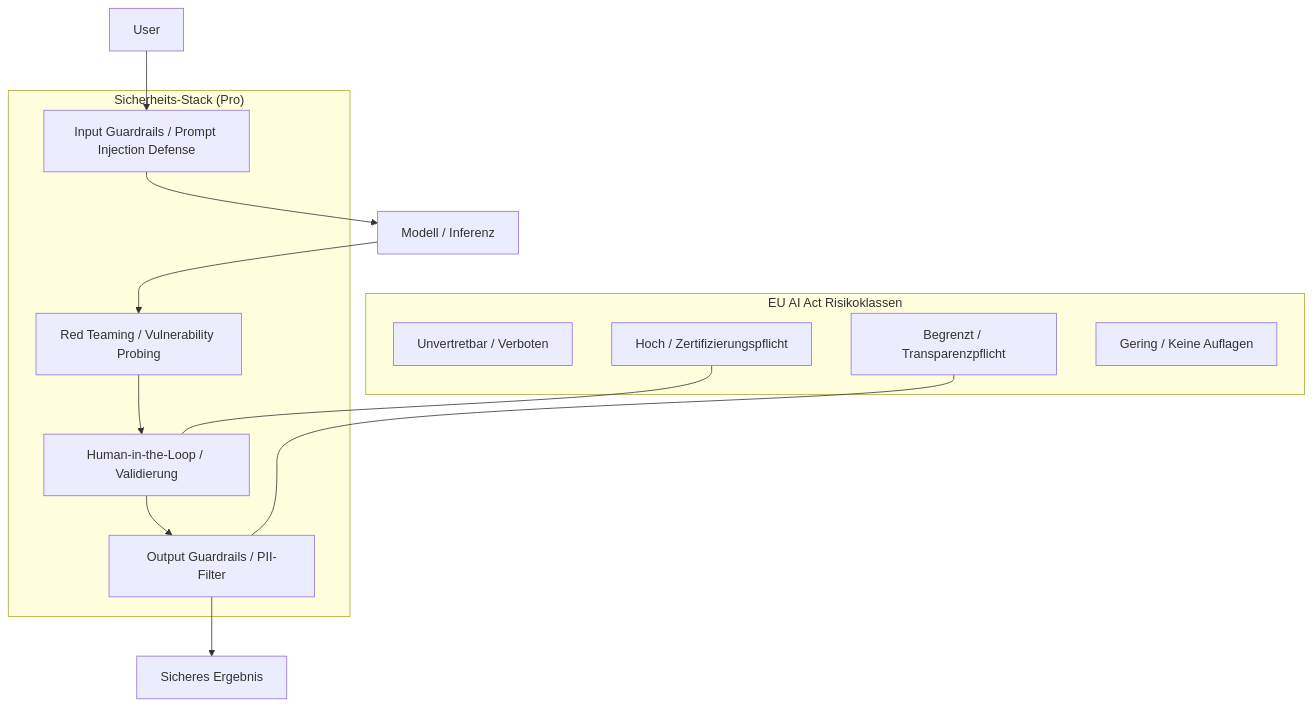
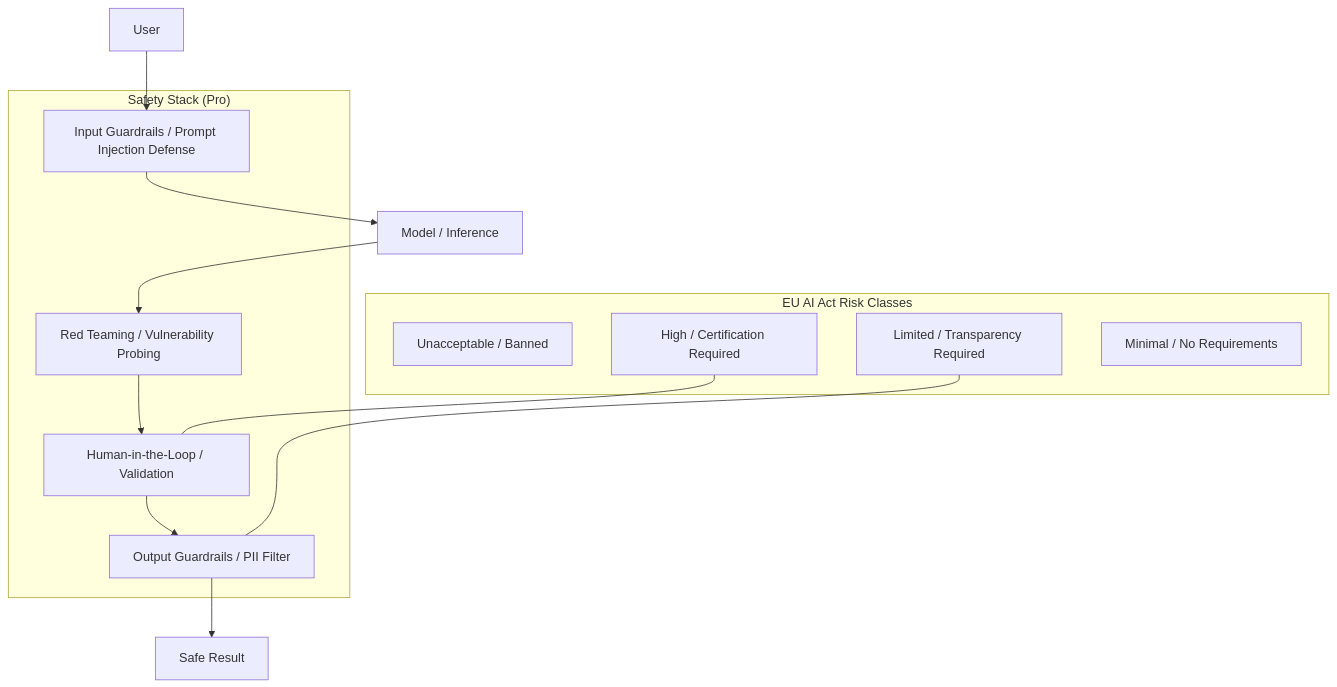
Before and after one commit to roger-infanger-weibel/ghostwriter.ai: diagram 11 of 19 in glossary/rendered/AI-Glossary.md, drawn with Mermaid. The commit also changed other lines of this file and 24 other files, not shown here.

````diff
--- a/glossary/rendered/AI-Glossary.md
+++ b/glossary/rendered/AI-Glossary.md
@@ -358,26 +358,26 @@
 ```mermaid
 graph TD
-    subgraph "EU AI Act Risikoklassen"
-        Unacceptable[Unvertretbar / Verboten]
-        High[Hoch / Zertifizierungspflicht]
-        Limited[Begrenzt / Transparenzpflicht]
-        Minimal[Gering / Keine Auflagen]
+    subgraph "EU AI Act Risk Classes"
+        Unacceptable[Unacceptable / Banned]
+        High[High / Certification Required]
+        Limited[Limited / Transparency Required]
+        Minimal[Minimal / No Requirements]
     end
-    
-    subgraph "Sicherheits-Stack (Pro)"
+
+    subgraph "Safety Stack (Pro)"
         InGuard[Input Guardrails / Prompt Injection Defense]
         Red[Red Teaming / Vulnerability Probing]
-        HitL[Human-in-the-Loop / Validierung]
-        OutGuard[Output Guardrails / PII-Filter]
+        HitL[Human-in-the-Loop / Validation]
+        OutGuard[Output Guardrails / PII Filter]
     end
-    
+
     User[User] --> InGuard
-    InGuard --> LLM[Modell / Inferenz]
+    InGuard --> LLM[Model / Inference]
     LLM --> Red
     Red --> HitL
     HitL --> OutGuard
-    OutGuard --> SafeOutput[Sicheres Ergebnis]
-    
+    OutGuard --> SafeOutput[Safe Result]
+
     High --- HitL
     Limited --- OutGuard
 ```
````
